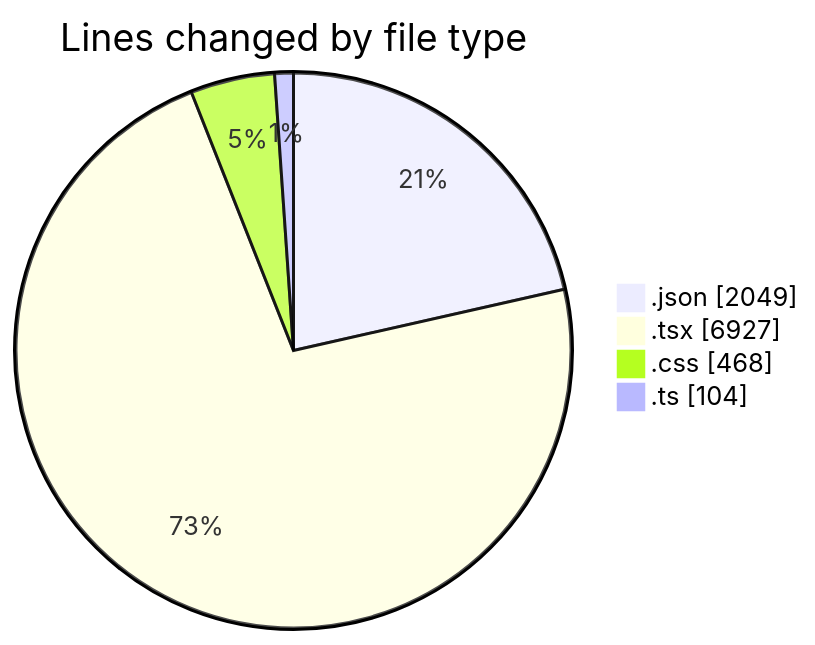
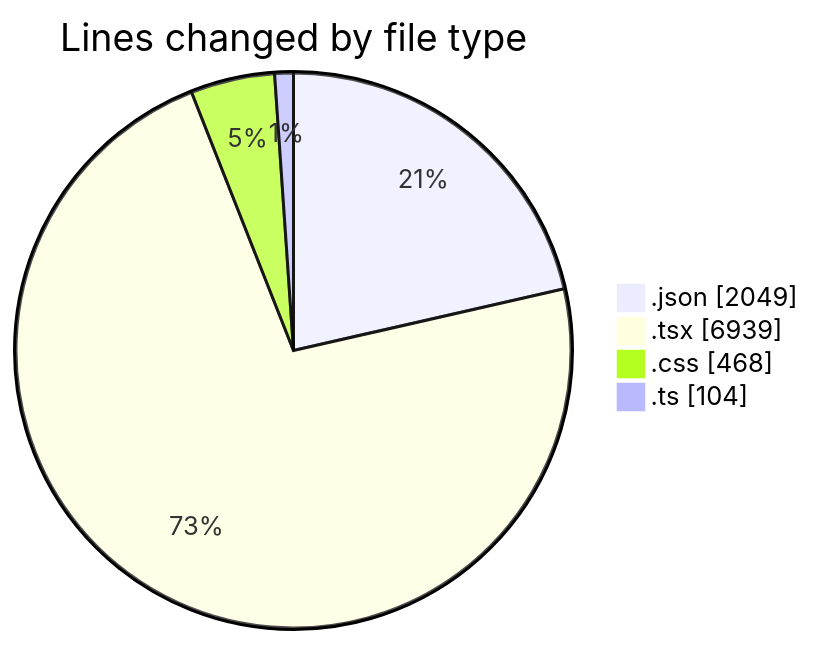
Before and after one commit to EIIisD/code-tracking: the first of 2 diagrams in 2025-08-14/ribbon/README.md, drawn with Mermaid. The commit also changed other lines of this file and 1 other file, not shown here.

````diff
--- a/2025-08-14/ribbon/README.md
+++ b/2025-08-14/ribbon/README.md
@@ -29,8 +29,8 @@
 ```mermaid
 pie showData
 title Lines changed by file type
 ".json" : 2049
-".tsx" : 6927
+".tsx" : 6939
 ".css" : 468
 ".ts" : 104
 ```
````
